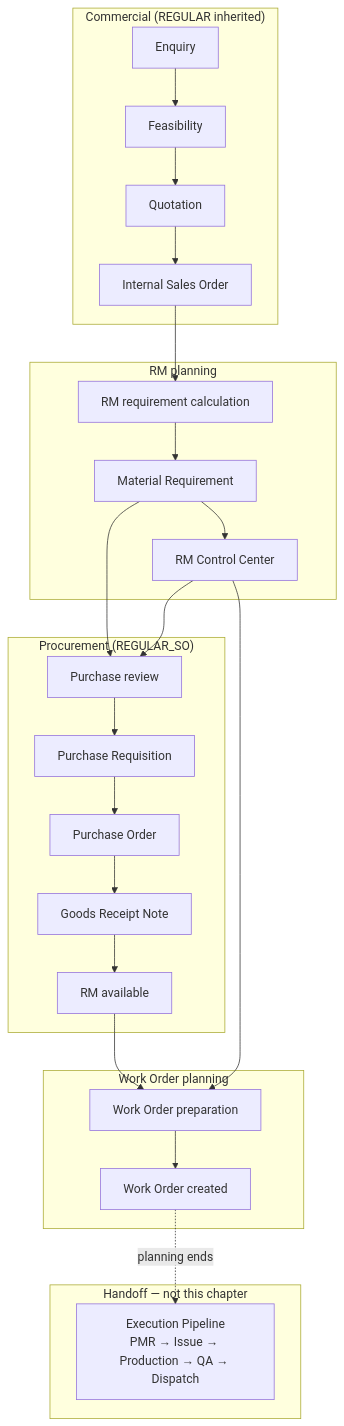
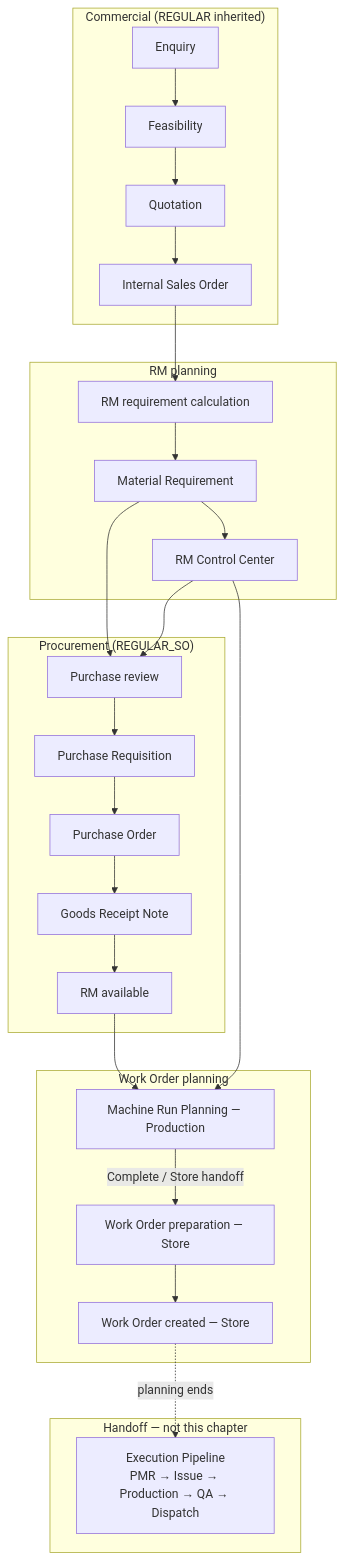
Before and after one commit to chaitanyacomp/Flowtix: the diagram in docs/product/02_Business_Architecture/Chapter_02_REGULAR_Order_Planning_Pipeline.md, drawn with Mermaid. The commit also changed other lines of this file and 71 other files, not shown here.

Commit message:
feat(production): add machine run planning and purging detection

````diff
--- a/docs/product/02_Business_Architecture/Chapter_02_REGULAR_Order_Planning_Pipeline.md
+++ b/docs/product/02_Business_Architecture/Chapter_02_REGULAR_Order_Planning_Pipeline.md
@@ -380,41 +436,43 @@
 ```mermaid
 flowchart TB
   subgraph Commercial["Commercial (REGULAR inherited)"]
     ENQ[Enquiry]
     FEZ[Feasibility]
     QUO[Quotation]
     ISO[Internal Sales Order]
     ENQ --> FEZ --> QUO --> ISO
   end
 
   subgraph RMPlan["RM planning"]
     CALC[RM requirement calculation]
     MR[Material Requirement]
     RMCC[RM Control Center]
     ISO --> CALC --> MR --> RMCC
   end
 
   subgraph Procurement["Procurement (REGULAR_SO)"]
     PREV[Purchase review]
     PR[Purchase Requisition]
     PO[Purchase Order]
     GRN[Goods Receipt Note]
     AVAIL[RM available]
     MR --> PREV
     RMCC --> PREV
     PREV --> PR --> PO --> GRN --> AVAIL
   end
 
   subgraph WOPlan["Work Order planning"]
-    PREP[Work Order preparation]
-    WO[Work Order created]
-    AVAIL --> PREP
-    RMCC --> PREP
+    MRP[Machine Run Planning — Production]
+    PREP[Work Order preparation — Store]
+    WO[Work Order created — Store]
+    AVAIL --> MRP
+    RMCC --> MRP
+    MRP -->|Complete / Store handoff| PREP
     PREP --> WO
   end
 
   subgraph Next["Handoff — not this chapter"]
     EXEC[Execution Pipeline<br/>PMR → Issue → Production → QA → Dispatch]
     WO -.->|planning ends| EXEC
   end
 ```
````
